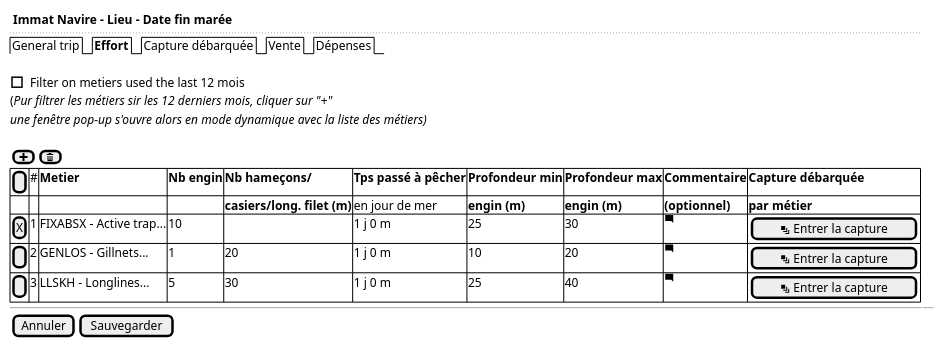
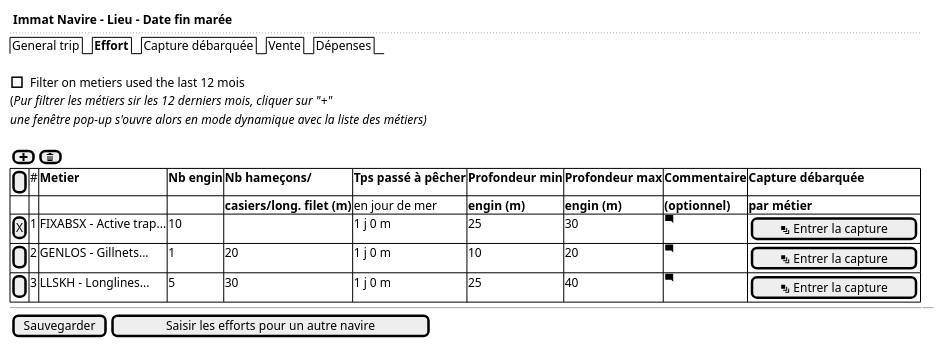
One commit to sumaris-net/sumaris-doc changed the diagram in use-case/collect/trip/landing-ui-effort-desktop.puml. Above: the diagram before and after it, drawn with PlantUML. The commit also changed 20 other files, not shown here.

```diff
--- a/use-case/collect/trip/landing-ui-effort-desktop.puml
+++ b/use-case/collect/trip/landing-ui-effort-desktop.puml
@@ -1,24 +1,24 @@
 @startsalt
 {
   <b> Immat Navire - Lieu - Date fin marée
   ..
   {/ General trip | <b>Effort | Capture débarquée | Vente | Dépenses }
   .
   [] Filter on metiers used the last 12 mois
   (<i>Pur filtrer les métiers sir les 12 derniers mois, cliquer sur "+"
   <i>une fenêtre pop-up s'ouvre alors en mode dynamique avec la liste des métiers)
   .
   {[<&plus>]  | [<&trash>]}
 
   {#
     [ ] |  # | <b>Metier                | <b>Nb engin | <b>Nb hameçons/             | <b>Tps passé à pêcher | <b>Profondeur min | <b>Profondeur max  | <b>Commentaire    | <b>Capture débarquée
     .   |  . | .                        | .           | <b>casiers/long. filet (m)  | en jour de mer        | <b>engin (m)      | <b>engin (m)       | <b>(optionnel)    | <b>par métier
     [X] |  1 | FIXABSX - Active trap... | 10          | .                           | 1 j 0 m               | 25                | 30                 | <&comment-square> | {[<&layers> Entrer la capture]}
     [ ] |  2 | GENLOS - Gillnets...     | 1           | 20                          | 1 j 0 m               | 10                | 20                 | <&comment-square> | {[<&layers> Entrer la capture]}
     [ ] |  3 | LLSKH - Longlines...     | 5           | 30                          | 1 j 0 m               | 25                | 40                 | <&comment-square> | {[<&layers> Entrer la capture]}
   }
   -- | --
 
-  {[Annuler] | [Sauvegarder]}
+  {[Sauvegarder] | [Saisir les efforts pour un autre navire]}
 }
 @endsalt
```
